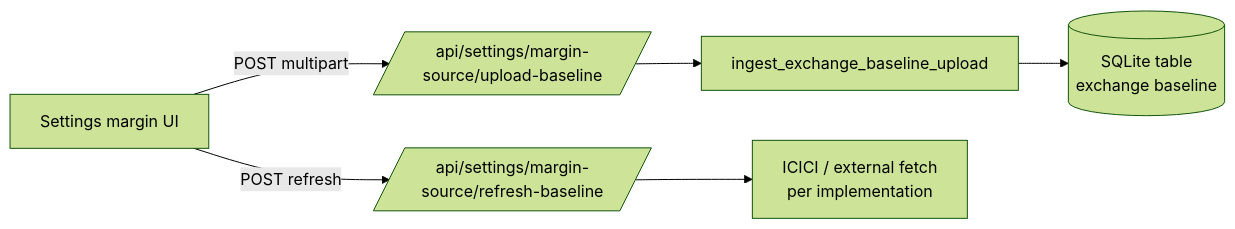
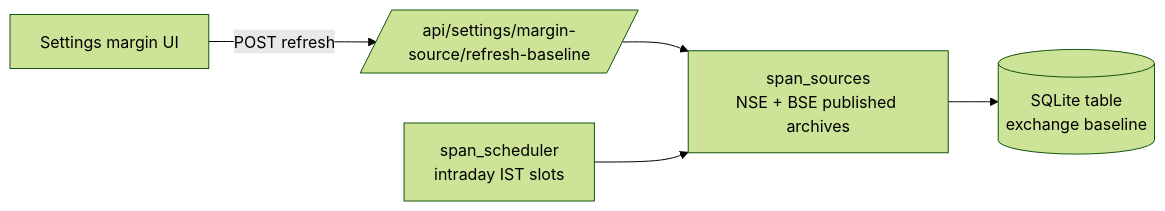
Before and after one commit to AmitMhatre-Code/breeze-core-engine: the ninth of 21 diagrams in docs/flows.md, drawn with Mermaid (forest theme). The commit also changed other lines of this file and 34 other files, not shown here.

````diff
--- a/docs/flows.md
+++ b/docs/flows.md
@@ -198,8 +198,7 @@
 ```mermaid
 flowchart LR
-  UI[Settings margin UI] -->|POST multipart| API[/api/settings/margin-source/upload-baseline/]
-  API --> ING[ingest_exchange_baseline_upload]
-  ING --> DB[(SQLite table\nexchange baseline)]
-  UI -->|POST refresh| REF[/api/settings/margin-source/refresh-baseline/]
-  REF --> ICICI[ICICI / external fetch\nper implementation]
+  UI[Settings margin UI] -->|POST refresh| REF[/api/settings/margin-source/refresh-baseline/]
+  REF --> SRC[span_sources\nNSE + BSE published archives]
+  SRC --> DB[(SQLite table\nexchange baseline)]
+  SCH[span_scheduler\nintraday IST slots] --> SRC
 ```
````
